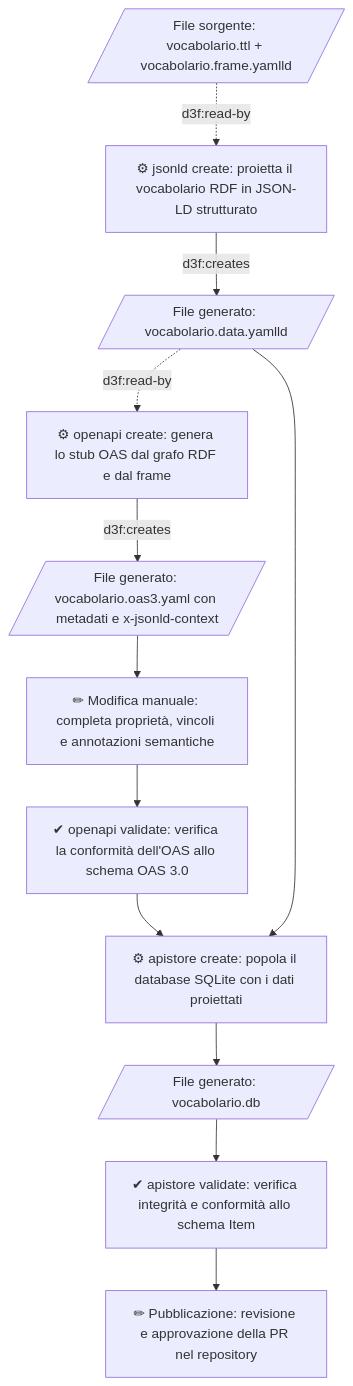
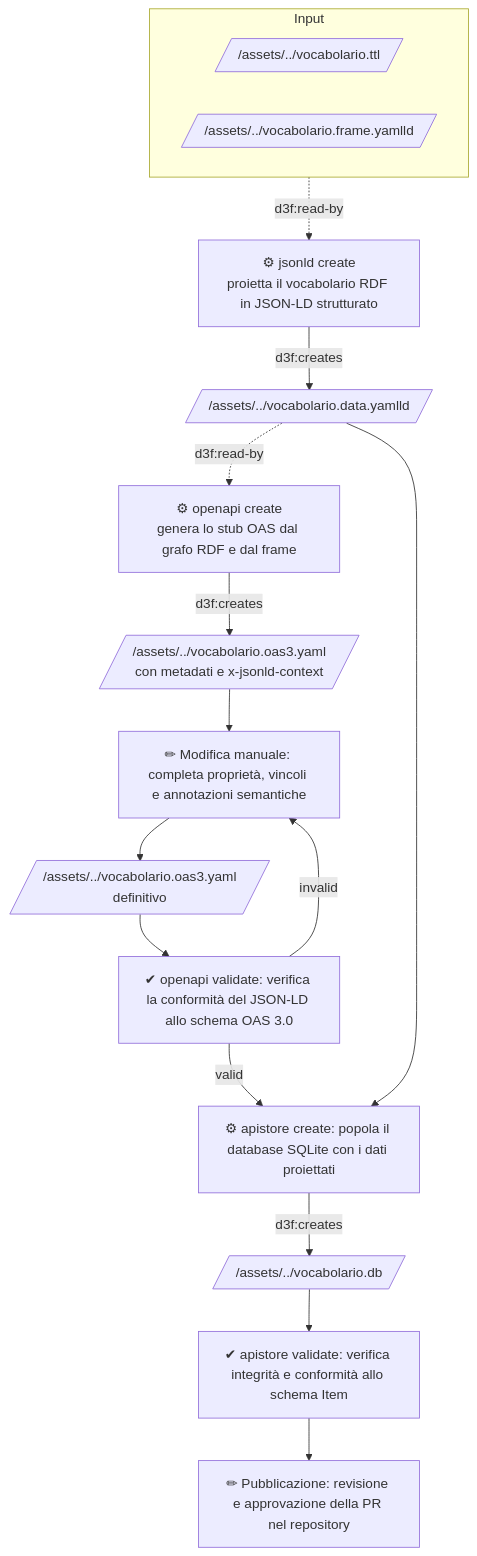
Before and after one commit to par-tec/dati-semantic-csv-apis: the second of 2 diagrams in docs/manual-api.md, drawn with Mermaid.

````diff
--- a/docs/manual-api.md
+++ b/docs/manual-api.md
@@ -96,26 +96,32 @@
 ```mermaid
 flowchart TD
-    Input[/"File sorgente: vocabolario.ttl + vocabolario.frame.yamlld"/]
-    jsonld-create["⚙ jsonld create: proietta il vocabolario RDF in JSON-LD strutturato"]
-    data-yaml[/"File generato: vocabolario.data.yamlld"/]
-    openapi-create["⚙ openapi create: genera lo stub OAS dal grafo RDF e dal frame"]
-    oas-stub-yaml[/"File generato: vocabolario.oas3.yaml con metadati e x-jsonld-context"/]
-    ManualEdit["✏ Modifica manuale: completa proprietà, vincoli e annotazioni semantiche"]
-    ValidateOAS["✔ openapi validate: verifica la conformità dell'OAS allo schema OAS 3.0"]
+    subgraph Input
+      vocabolario-ttl[/"/assets/../vocabolario.ttl"/]
+      vocabolario-frame[/"/assets/../vocabolario.frame.yamlld"/]
+    end
+    jsonld-create["⚙ jsonld create<br>proietta il vocabolario RDF in JSON-LD strutturato"]
+    data-yaml[/"/assets/../vocabolario.data.yamlld"/]
+    openapi-create["⚙ openapi create<br>genera lo stub OAS dal grafo RDF e dal frame"]
+    oas-stub-yaml[/"/assets/../vocabolario.oas3.yaml<br>con metadati e x-jsonld-context"/]
+    edit-oas-stub-yaml["✏ Modifica manuale: completa proprietà, vincoli e annotazioni semantiche"]
+    oas-yaml[/"/assets/../vocabolario.oas3.yaml<br>definitivo"/]
+    oas-validate["✔ openapi validate: verifica la conformità del JSON-LD allo schema OAS 3.0"]
     CreateDB["⚙ apistore create: popola il database SQLite con i dati proiettati"]
-    DB[/"File generato: vocabolario.db"/]
+    DB[/"/assets/../vocabolario.db"/]
     ValidateDB["✔ apistore validate: verifica integrità e conformità allo schema Item"]
     Publish["✏ Pubblicazione: revisione e approvazione della PR nel repository"]
 
     Input -.->|d3f:read-by| jsonld-create
-    jsonld-create -->|d3f:creates| data-yaml
-    data-yaml -.->|d3f:read-by| openapi-create
-    openapi-create -->|d3f:creates| oas-stub-yaml
-    oas-stub-yaml --> ManualEdit
-    ManualEdit --> ValidateOAS
-    ValidateOAS --> CreateDB
+    jsonld-create
+    -->|d3f:creates| data-yaml
+    -.->|d3f:read-by| openapi-create
+    -->|d3f:creates| oas-stub-yaml
+    --> edit-oas-stub-yaml
+    --> oas-yaml
+    --> oas-validate -->|invalid| edit-oas-stub-yaml
+    oas-validate -->|valid| CreateDB
     data-yaml --> CreateDB
-    CreateDB --> DB
+    CreateDB -->|d3f:creates| DB
     DB --> ValidateDB
     ValidateDB --> Publish
 ```
````
